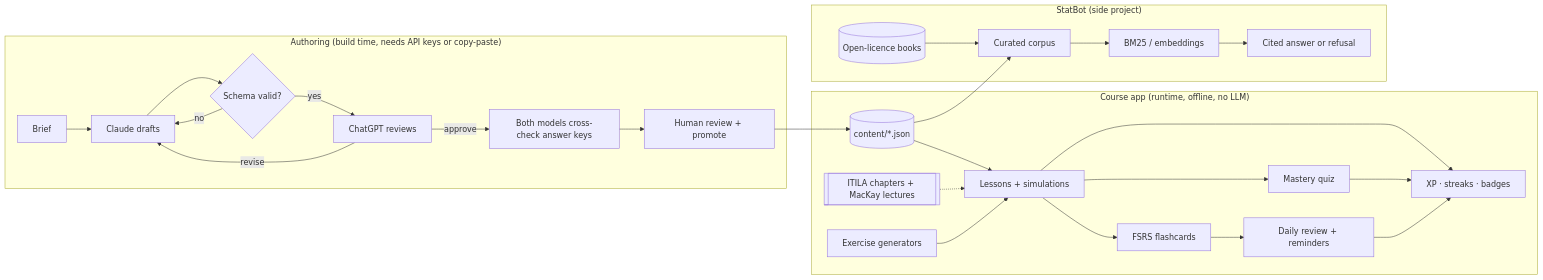
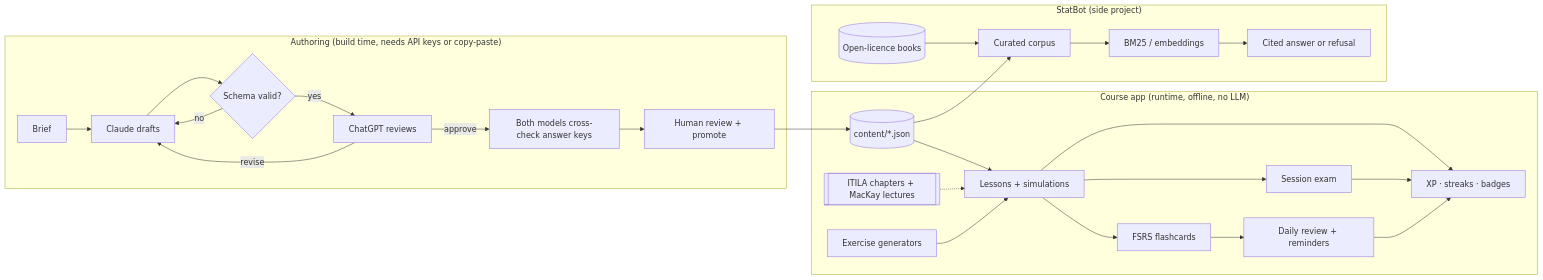
Before and after one commit to dfeldmann-bot/statLearner: the diagram in docs/PLAN.md, drawn with Mermaid. The commit also changed other lines of this file and 16 other files, not shown here.

````diff
--- a/docs/PLAN.md
+++ b/docs/PLAN.md
@@ -24,28 +24,28 @@
 ```mermaid
 flowchart LR
   subgraph Authoring["Authoring (build time, needs API keys or copy-paste)"]
     B[Brief] --> C[Claude drafts]
     C --> V{Schema valid?}
     V -- no --> C
     V -- yes --> G[ChatGPT reviews]
     G -- revise --> C
     G -- approve --> X[Both models cross-check answer keys]
     X --> H[Human review + promote]
   end
   subgraph App["Course app (runtime, offline, no LLM)"]
     J[(content/*.json)] --> L[Lessons + simulations]
     M[[ITILA chapters + MacKay lectures]] -.-> L
     E[Exercise generators] --> L
-    L --> Q[Mastery quiz]
+    L --> Q[Session exam]
     L --> F[FSRS flashcards]
     F --> R[Daily review + reminders]
     L & Q & R --> P[XP · streaks · badges]
   end
   subgraph Bot["StatBot (side project)"]
     J --> S[Curated corpus]
     K[(Open-licence books)] --> S
     S --> I[BM25 / embeddings]
     I --> A[Cited answer or refusal]
   end
   H --> J
 ```
````
